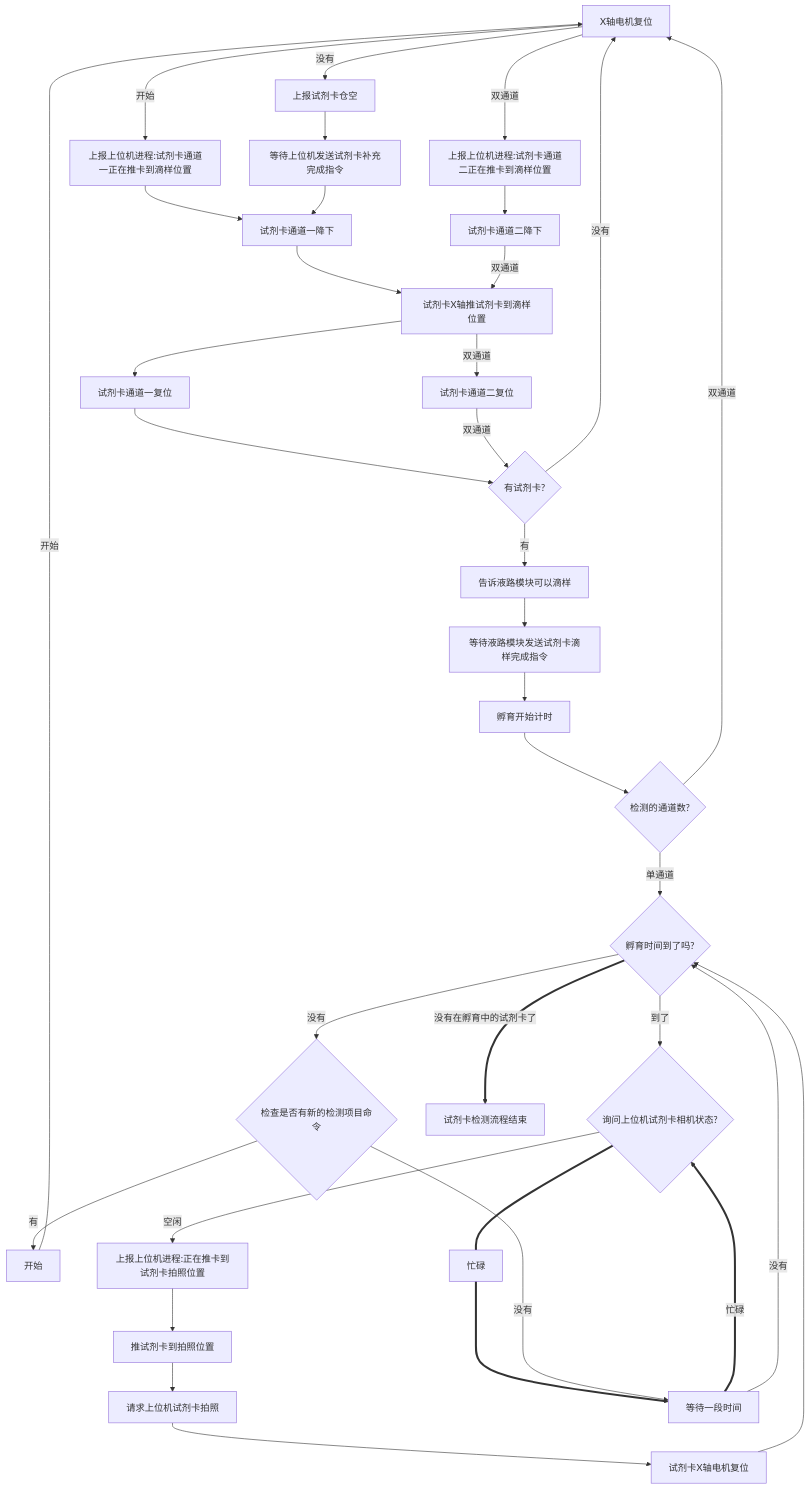
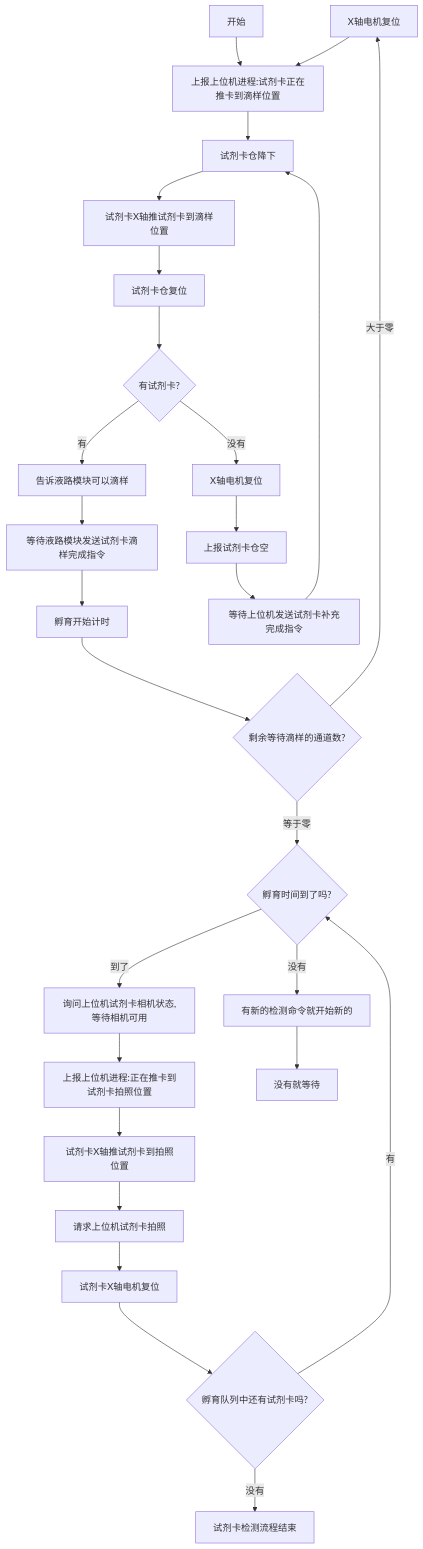
One commit to darwinstudio/test changed the third of 4 diagrams in 试剂卡和镜检模块.md. Above: the diagram before and after it, drawn with Mermaid. The commit also changed other lines of this file, not shown here.

Commit message:
试剂卡镜检模块文档修改

```diff
--- a/试剂卡和镜检模块.md
+++ b/试剂卡和镜检模块.md
@@ -147,21 +145,19 @@
 ~~~mermaid
 graph TD
 
 reset[X轴电机复位];
-chan1down[试剂卡通道一降下];
+chan1down[试剂卡仓降下];
 todropp[试剂卡X轴推试剂卡到滴样位置];
 start[开始];
-start--开始-->reset--开始-->上报上位机进程:试剂卡通道一正在推卡到滴样位置-->chan1down-->todropp-->试剂卡通道一复位-->issjk?{有试剂卡?}--有-->告诉液路模块可以滴样-->等待液路模块发送试剂卡滴样完成指令-->孵育开始计时-->chanls?{检测的通道数?};
 
-chanls?--双通道-->reset--双通道-->上报上位机进程:试剂卡通道二正在推卡到滴样位置-->试剂卡通道二降下--双通道-->todropp--双通道-->试剂卡通道二复位--双通道-->issjk?;
+start-->上报上位机进程:试剂卡正在推卡到滴样位置-->chan1down-->todropp-->试剂卡仓复位-->issjk?{有试剂卡?}--有-->告诉液路模块可以滴样-->等待液路模块发送试剂卡滴样完成指令-->孵育开始计时-->chanls?{剩余等待滴样的通道数?};
 
-chanls?--单通道-->fyfinish?{孵育时间到了吗?}--到了-->photook?{询问上位机试剂卡相机状态?}--空闲-->上报上位机进程:正在推卡到试剂卡拍照位置-->推试剂卡到拍照位置-->请求上位机试剂卡拍照-->试剂卡X轴电机复位-->fyfinish?;
+chanls?--大于零-->reset-->上报上位机进程:试剂卡正在推卡到滴样位置;
 
-photook?===忙碌===>等待一段时间==忙碌==>photook?;
+chanls?--等于零-->fyfinish?{孵育时间到了吗?}--到了-->询问上位机试剂卡相机状态,等待相机可用-->上报上位机进程:正在推卡到试剂卡拍照位置-->试剂卡X轴推试剂卡到拍照位置-->请求上位机试剂卡拍照-->试剂卡X轴电机复位-->hy{孵育队列中还有试剂卡吗?}--有-->fyfinish?;
+hy--没有-->试剂卡检测流程结束;
 
-issjk?--没有-->reset--没有-->上报试剂卡仓空-->等待上位机发送试剂卡补充完成指令-->chan1down;
+issjk?--没有-->reset1[X轴电机复位]-->上报试剂卡仓空-->等待上位机发送试剂卡补充完成指令-->chan1down;
 
-fyfinish?--没有-->hasnew?{检查是否有新的检测项目命令}--没有-->等待一段时间--没有-->fyfinish?;
-fyfinish?==没有在孵育中的试剂卡了==>试剂卡检测流程结束;
-hasnew?--有-->start;
+fyfinish?--没有-->有新的检测命令就开始新的-->没有就等待;
 ~~~
```
